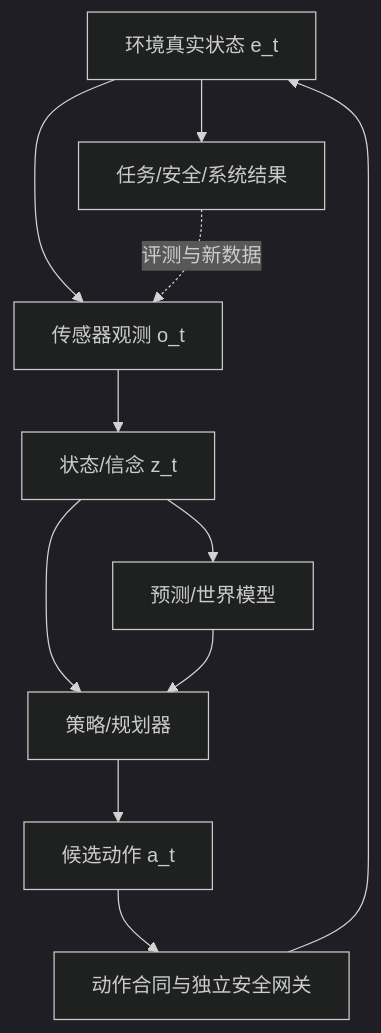
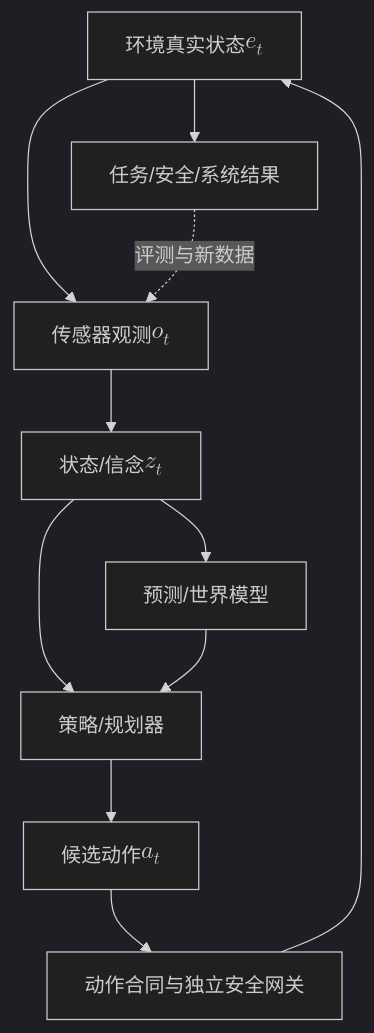
Before and after one commit to dollarser/world-models-and-embodied-ai-book: the diagram in docs/part-01-loop/ch01-from-seeing-to-acting.md, drawn with Mermaid (dark theme). The commit also changed other lines of this file and 20 other files, not shown here.

````diff
--- a/docs/part-01-loop/ch01-from-seeing-to-acting.md
+++ b/docs/part-01-loop/ch01-from-seeing-to-acting.md
@@ -47,15 +47,15 @@
 ```mermaid
 flowchart TB
     accTitle: FIG-01-01 图 1-1 全书闭环地图
     accDescr: 观测经感知和状态估计进入世界模型与策略规划，候选动作通过独立安全网关作用于环境，环境再产生新观测形成闭环。
-    E[环境真实状态 e_t] --> O[传感器观测 o_t]
-    O --> Z[状态/信念 z_t]
+    E["环境真实状态 $$e_t$$"] --> O["传感器观测 $$o_t$$"]
+    O --> Z["状态/信念 $$z_t$$"]
     Z --> W[预测/世界模型]
     Z --> P[策略/规划器]
     W --> P
-    P --> A[候选动作 a_t]
+    P --> A["候选动作 $$a_t$$"]
     A --> G[动作合同与独立安全网关]
     G --> E
     E --> M[任务/安全/系统结果]
     M -.评测与新数据.-> O
 ```
````
